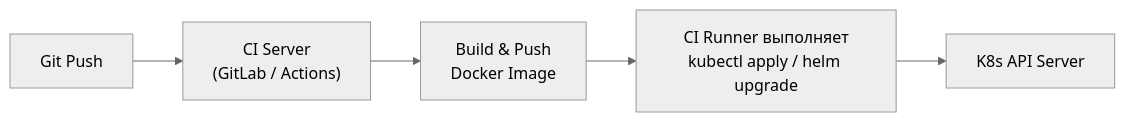
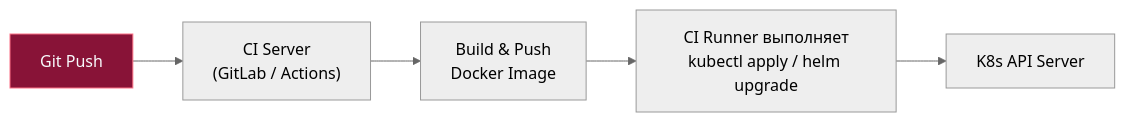
The second of 3 diagrams in sources/19. Инфраструктура. Linux, nginx, Docker, Kubernetes/05. Практика/1. CI_CD и деплой.md (UnrealTemplier/go-textbook), drawn with Mermaid (neutral theme) before and after one commit. The commit also changed other lines of this file and 1666 other files, not shown here.

First line of the commit message:
feat(mermaid): add semantic color classDef to 1369 colorless flowchart/graph diagrams

````diff
--- a/sources/19. Инфраструктура. Linux, nginx, Docker, Kubernetes/05. Практика/1. CI_CD и деплой.md
+++ b/sources/19. Инфраструктура. Linux, nginx, Docker, Kubernetes/05. Практика/1. CI_CD и деплой.md
@@ -118,7 +128,17 @@
 ```mermaid
 flowchart LR
-    A["Git Push"] --> B["CI Server\n(GitLab / Actions)"]
+    classDef process  fill:#1e293b,stroke:#38bdf8,stroke-width:1px,color:#f8fafc
+    classDef success  fill:#064e3b,stroke:#34d399,stroke-width:1px,color:#f8fafc
+    classDef error    fill:#7f1d1d,stroke:#f87171,stroke-width:1px,color:#f8fafc
+    classDef warning  fill:#78350f,stroke:#fbbf24,stroke-width:1px,color:#f8fafc
+    classDef entry    fill:#1e3a5f,stroke:#38bdf8,stroke-width:2px,color:#f8fafc
+    classDef aux      fill:#334155,stroke:#64748b,stroke-width:1px,color:#f8fafc
+    classDef system   fill:#312e81,stroke:#a78bfa,stroke-width:1px,color:#f8fafc
+    classDef data     fill:#132d29,stroke:#2dd4bf,stroke-width:1px,color:#f8fafc
+    classDef network  fill:#881337,stroke:#fb7185,stroke-width:1px,color:#f8fafc
+    classDef accent   fill:#1e1b4b,stroke:#818cf8,stroke-width:1px,color:#f8fafc
+    A["Git Push"]:::network --> B["CI Server\n(GitLab / Actions)"]
     B --> C["Build & Push\nDocker Image"]
     C --> D["CI Runner выполняет\nkubectl apply / helm upgrade"]
     D --> E["K8s API Server"]
 ```
````
